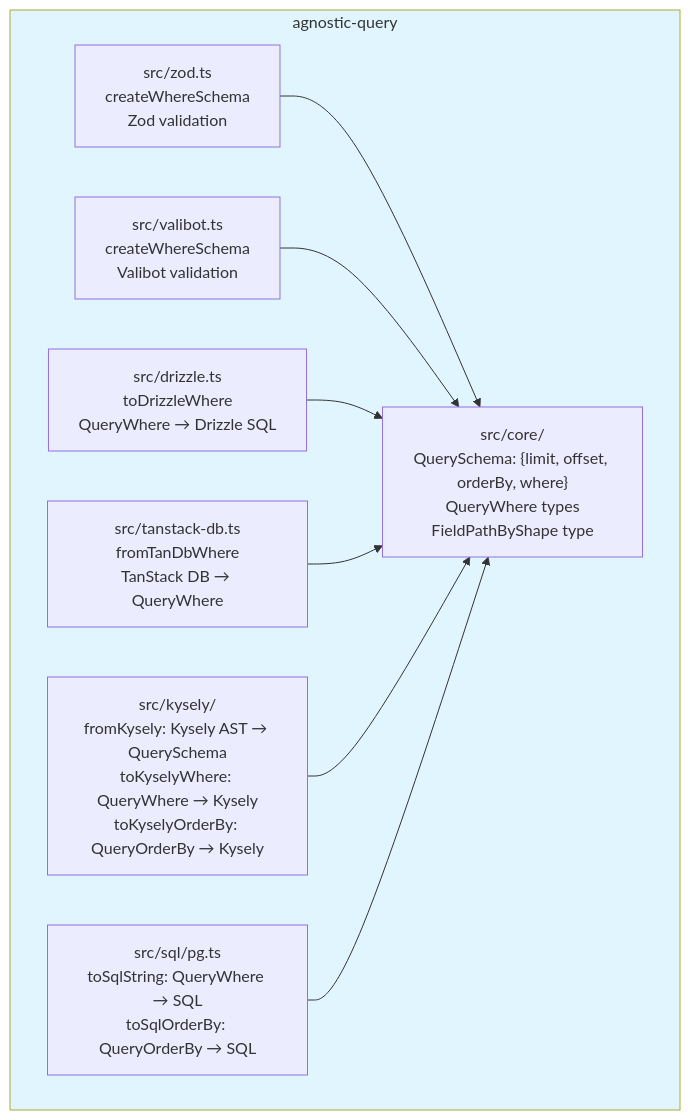
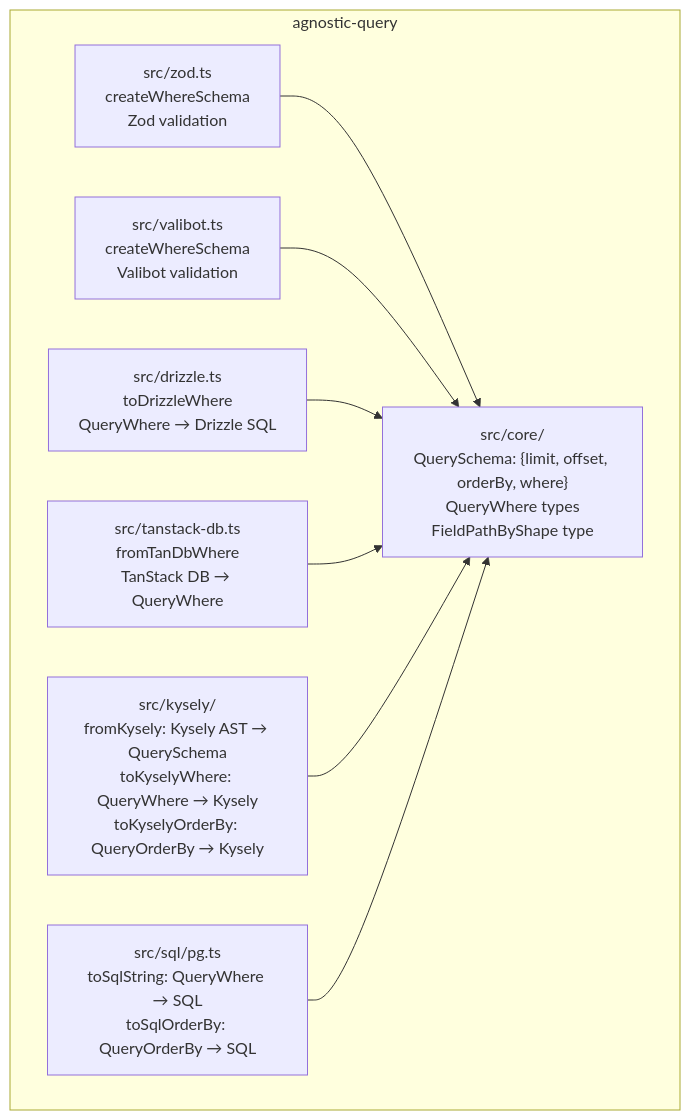
One commit to Nahida-aa/agnostic-query changed the first of 3 diagrams in README.md. Above: the diagram before and after it, drawn with Mermaid. The commit also changed other lines of this file, not shown here.

````diff
--- a/README.md
+++ b/README.md
@@ -9,21 +9,19 @@
 ```mermaid
 graph TB
     subgraph Package["agnostic-query"]
         core["src/core/<br/>QuerySchema: {limit, offset, orderBy, where}<br/>QueryWhere types<br/>FieldPathByShape type"]
         zod["src/zod.ts<br/>createWhereSchema<br/>Zod validation"]
         valibot["src/valibot.ts<br/>createWhereSchema<br/>Valibot validation"]
         drizzle["src/drizzle.ts<br/>toDrizzleWhere<br/>QueryWhere → Drizzle SQL"]
         tanstack["src/tanstack-db.ts<br/>fromTanDbWhere<br/>TanStack DB → QueryWhere"]
         kysely["src/kysely/<br/>fromKysely: Kysely AST → QuerySchema<br/>toKyselyWhere: QueryWhere → Kysely<br/>toKyselyOrderBy: QueryOrderBy → Kysely"]
         sql["src/sql/pg.ts<br/>toSqlString: QueryWhere → SQL<br/>toSqlOrderBy: QueryOrderBy → SQL"]
     end
 
     zod --> core
     valibot --> core
     drizzle --> core
     tanstack --> core
     kysely --> core
     sql --> core
-
-    style Package fill:#e1f5fe
 ```
````
